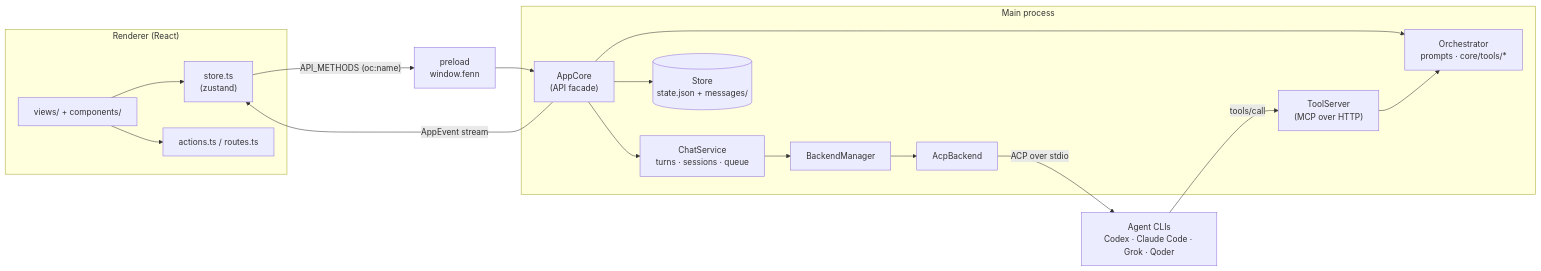
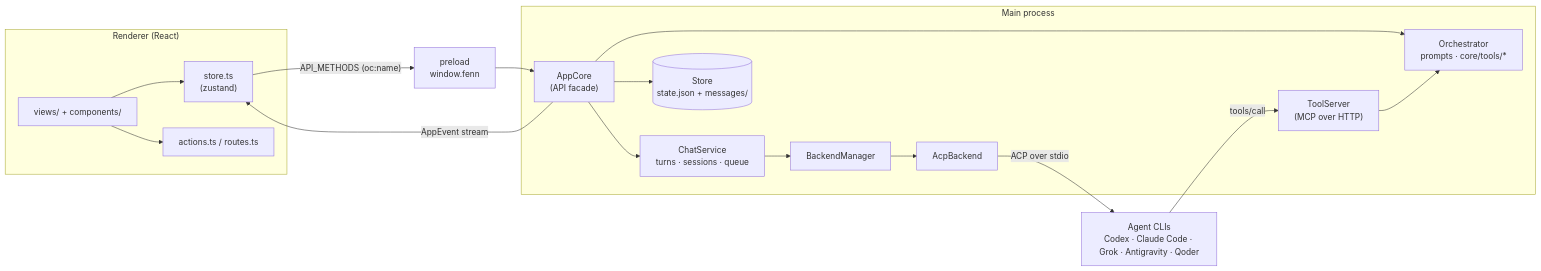
Before and after one commit to goldenfox2025/fenn-code: the first of 3 diagrams in docs/ARCHITECTURE.md, drawn with Mermaid. The commit also changed other lines of this file and 88 other files, not shown here.

````diff
--- a/docs/ARCHITECTURE.md
+++ b/docs/ARCHITECTURE.md
@@ -5,24 +5,24 @@
 ```mermaid
 flowchart LR
   subgraph R["Renderer (React)"]
     V["views/ + components/"] --> ST["store.ts<br/>(zustand)"]
     V --> ACT["actions.ts / routes.ts"]
   end
   PRE["preload<br/>window.fenn"]
   subgraph M["Main process"]
     CORE["AppCore<br/>(API facade)"]
     CHAT["ChatService<br/>turns · sessions · queue"]
     ORCH["Orchestrator<br/>prompts · core/tools/*"]
     STORE[("Store<br/>state.json + messages/")]
     TS["ToolServer<br/>(MCP over HTTP)"]
     BM["BackendManager"]
     ACP["AcpBackend"]
   end
-  AG["Agent CLIs<br/>Codex · Claude Code · Grok · Qoder"]
+  AG["Agent CLIs<br/>Codex · Claude Code · Grok · Antigravity · Qoder"]
 
   ST -- "API_METHODS (oc:name)" --> PRE --> CORE
   CORE -- "AppEvent stream" --> ST
   CORE --> CHAT & ORCH & STORE
   CHAT --> BM --> ACP -- "ACP over stdio" --> AG
   AG -- "tools/call" --> TS --> ORCH
 ```
````
